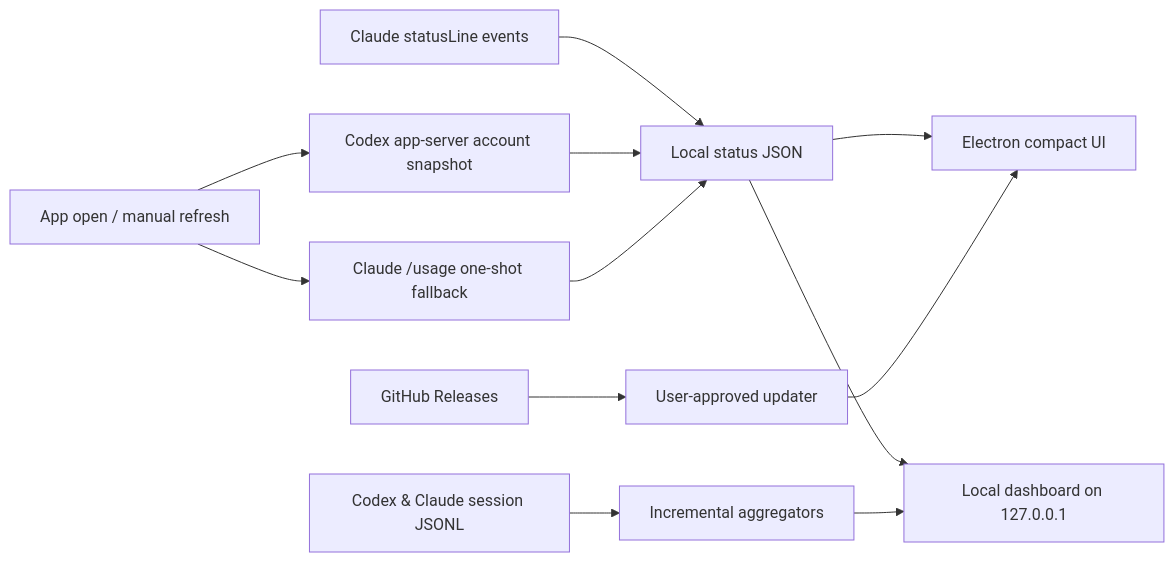
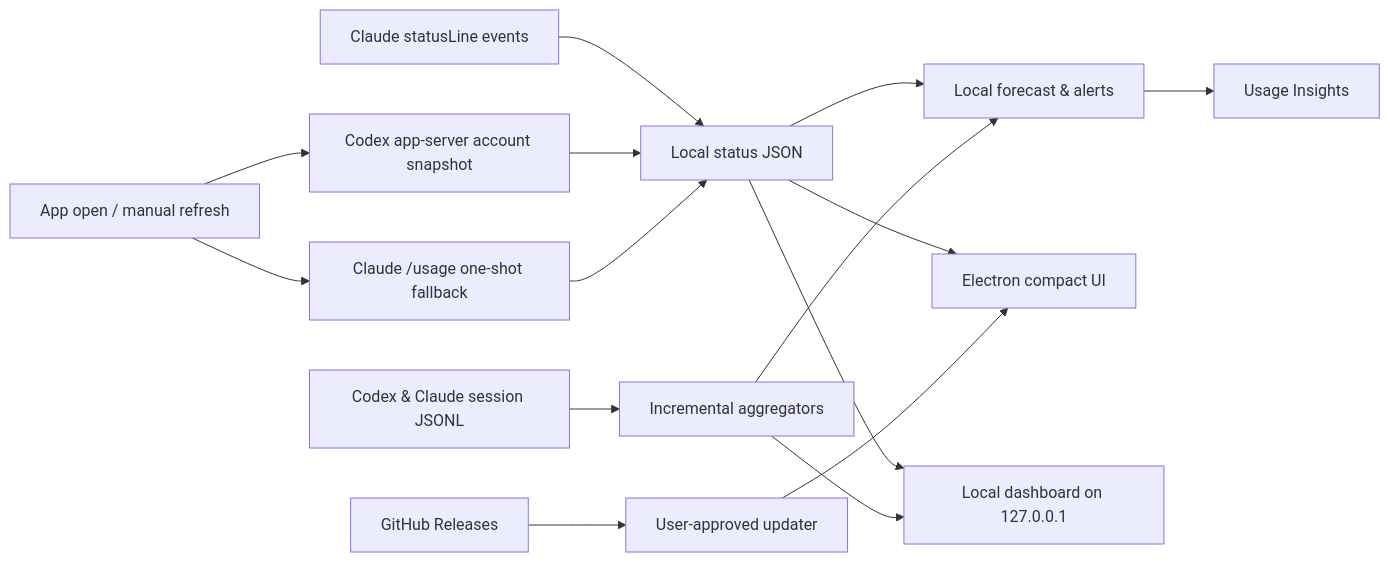
Before and after one commit to Kyuhan1230/ai-usage-monitor: the diagram in README.md, drawn with Mermaid. The commit also changed other lines of this file and 23 other files, not shown here.

Commit message:
feat(analytics): add local usage forecasts and actions

````diff
--- a/README.md
+++ b/README.md
@@ -103,14 +113,17 @@
 ```mermaid
 flowchart LR
     A["App open / manual refresh"] --> B["Codex app-server account snapshot"]
     A --> C["Claude /usage one-shot fallback"]
     D["Claude statusLine events"] --> E["Local status JSON"]
     B --> E
     C --> E
     F["Codex & Claude session JSONL"] --> G["Incremental aggregators"]
+    E --> L["Local forecast & alerts"]
+    G --> L
+    L --> M["Usage Insights"]
     E --> H["Electron compact UI"]
     E --> I["Local dashboard on 127.0.0.1"]
     G --> I
     J["GitHub Releases"] --> K["User-approved updater"]
     K --> H
 ```
````
